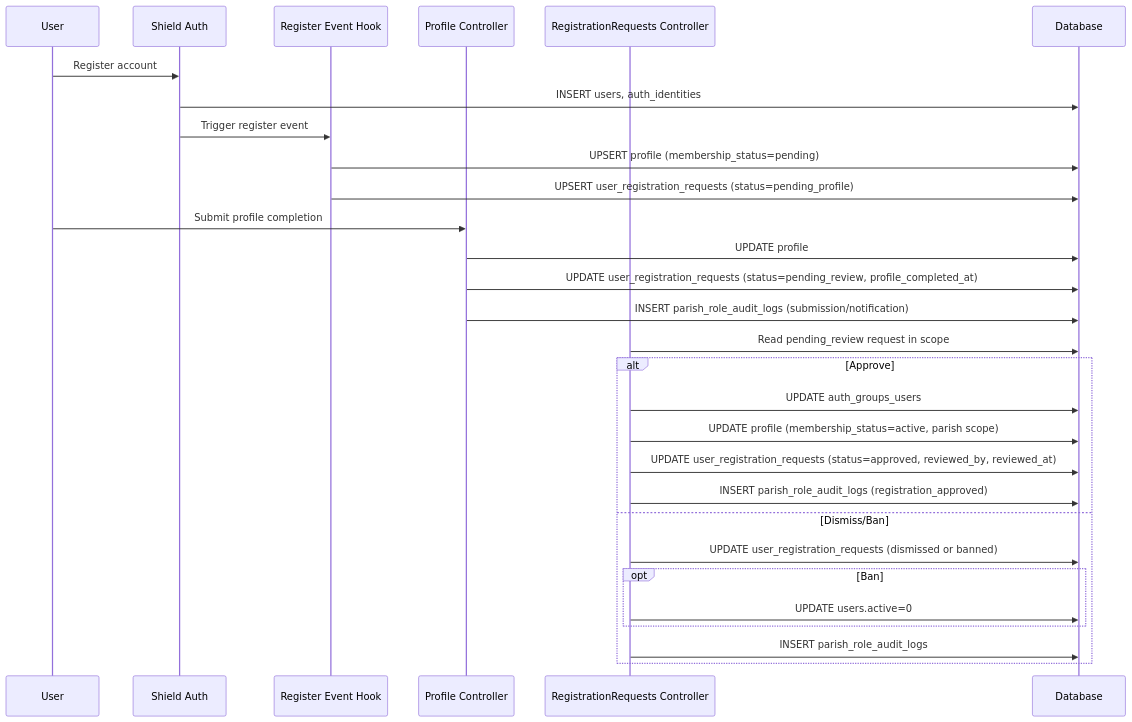
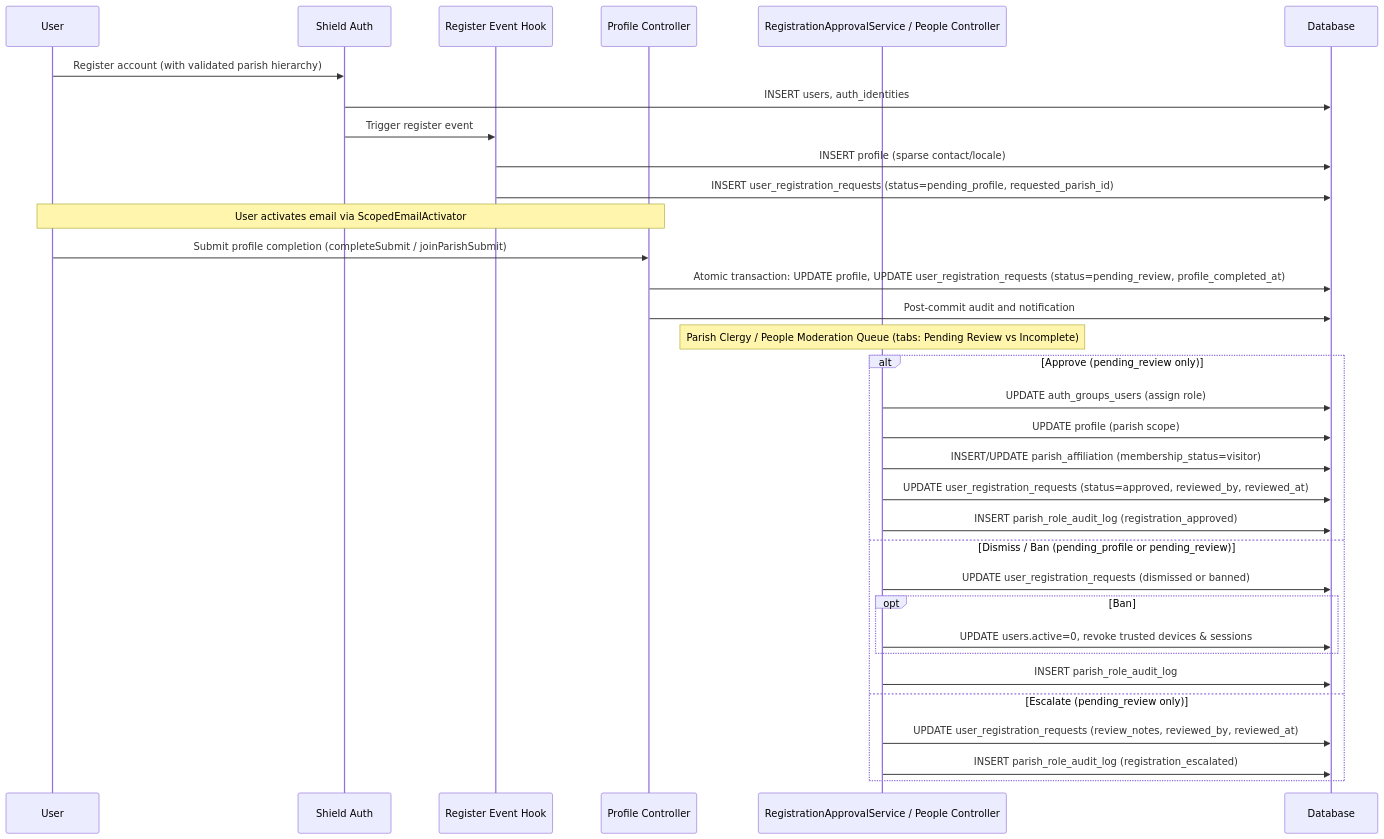
One commit to ekklesiaonline/ekklesiaONLINE changed the first of 2 diagrams in docs/REGISTRATION_TO_GOOD_STANDING_FLOW_REPORT_2026-04-10.md. Above: the diagram before and after it, drawn with Mermaid. The commit also changed other lines of this file and 17 other files, not shown here.

First line of the commit message:
Refactor registration approval process and enhance user onboarding lifecycle

````diff
--- a/docs/REGISTRATION_TO_GOOD_STANDING_FLOW_REPORT_2026-04-10.md
+++ b/docs/REGISTRATION_TO_GOOD_STANDING_FLOW_REPORT_2026-04-10.md
@@ -27,34 +27,38 @@
 ```mermaid
 sequenceDiagram
     participant U as User
     participant S as Shield Auth
     participant E as Register Event Hook
     participant P as Profile Controller
-    participant R as RegistrationRequests Controller
+    participant R as RegistrationApprovalService / People Controller
     participant DB as Database
 
-    U->>S: Register account
+    U->>S: Register account (with validated parish hierarchy)
     S->>DB: INSERT users, auth_identities
     S->>E: Trigger register event
-    E->>DB: UPSERT profile (membership_status=pending)
-    E->>DB: UPSERT user_registration_requests (status=pending_profile)
+    E->>DB: INSERT profile (sparse contact/locale)
+    E->>DB: INSERT user_registration_requests (status=pending_profile, requested_parish_id)
 
-    U->>P: Submit profile completion
-    P->>DB: UPDATE profile
-    P->>DB: UPDATE user_registration_requests (status=pending_review, profile_completed_at)
-    P->>DB: INSERT parish_role_audit_logs (submission/notification)
+    Note over U,P: User activates email via ScopedEmailActivator
+    U->>P: Submit profile completion (completeSubmit / joinParishSubmit)
+    P->>DB: Atomic transaction: UPDATE profile, UPDATE user_registration_requests (status=pending_review, profile_completed_at)
+    P->>DB: Post-commit audit and notification
 
-    R->>DB: Read pending_review request in scope
-    alt Approve
-        R->>DB: UPDATE auth_groups_users
-        R->>DB: UPDATE profile (membership_status=active, parish scope)
+    Note over R: Parish Clergy / People Moderation Queue (tabs: Pending Review vs Incomplete)
+    alt Approve (pending_review only)
+        R->>DB: UPDATE auth_groups_users (assign role)
+        R->>DB: UPDATE profile (parish scope)
+        R->>DB: INSERT/UPDATE parish_affiliation (membership_status=visitor)
         R->>DB: UPDATE user_registration_requests (status=approved, reviewed_by, reviewed_at)
-        R->>DB: INSERT parish_role_audit_logs (registration_approved)
-    else Dismiss/Ban
+        R->>DB: INSERT parish_role_audit_log (registration_approved)
+    else Dismiss / Ban (pending_profile or pending_review)
         R->>DB: UPDATE user_registration_requests (dismissed or banned)
         opt Ban
-            R->>DB: UPDATE users.active=0
+            R->>DB: UPDATE users.active=0, revoke trusted devices & sessions
         end
-        R->>DB: INSERT parish_role_audit_logs
+        R->>DB: INSERT parish_role_audit_log
+    else Escalate (pending_review only)
+        R->>DB: UPDATE user_registration_requests (review_notes, reviewed_by, reviewed_at)
+        R->>DB: INSERT parish_role_audit_log (registration_escalated)
     end
 ```
````
